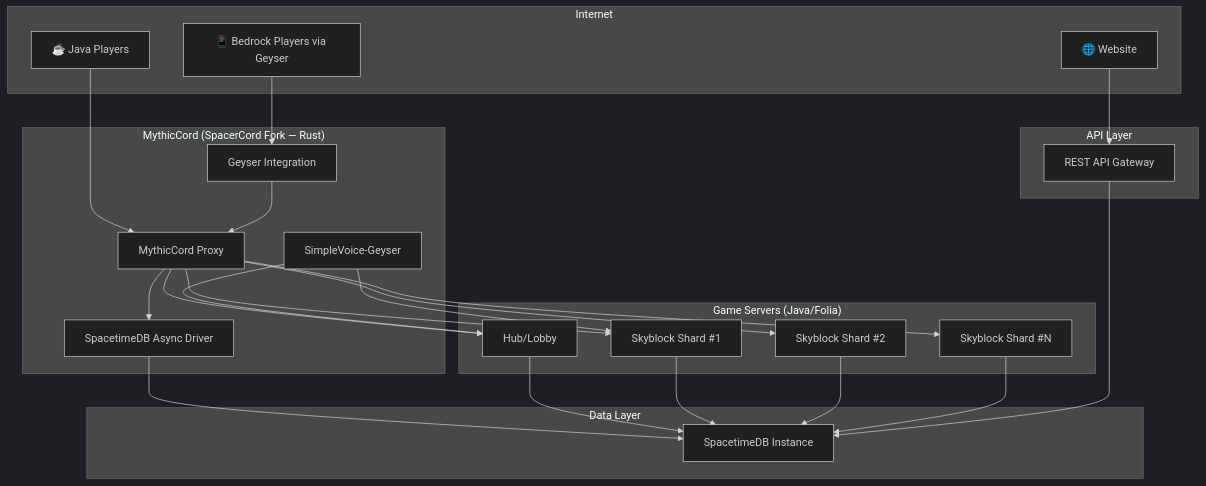
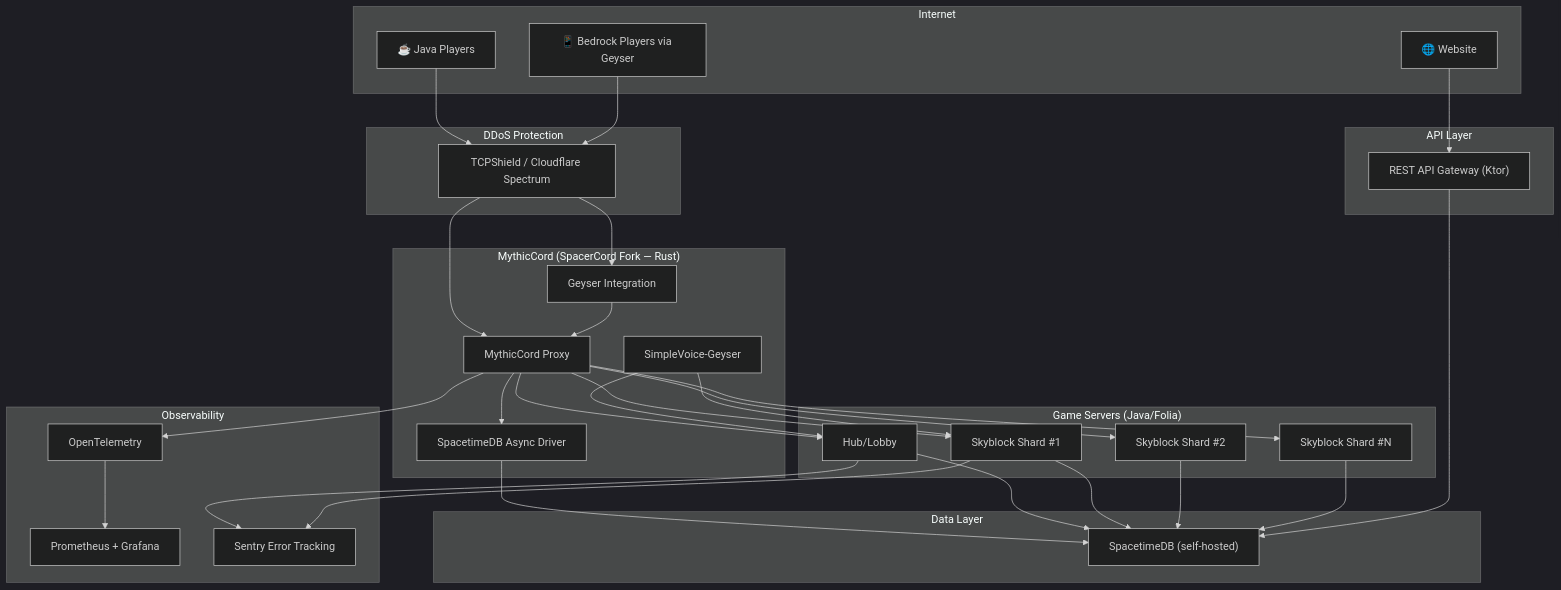
One commit to huncho416/Minecraft-with-friends changed the first of 2 diagrams in PLAN.md. Above: the diagram before and after it, drawn with Mermaid (dark theme). The commit also changed other lines of this file and 167 other files, not shown here.

Commit message:
Plan v2: Security, DevOps, Docker, 3 new suite modules, 2-person timeline

````diff
--- a/PLAN.md
+++ b/PLAN.md
@@ -13,38 +15,50 @@
 ```mermaid
 graph TB
     subgraph Internet
         Java["☕ Java Players"]
         Bedrock["📱 Bedrock Players via Geyser"]
         Website["🌐 Website"]
+    end
+
+    subgraph "DDoS Protection"
+        TCP["TCPShield / Cloudflare Spectrum"]
     end
 
     subgraph "MythicCord (SpacerCord Fork — Rust)"
         Proxy["MythicCord Proxy"]
         STDB_Driver["SpacetimeDB Async Driver"]
         Geyser["Geyser Integration"]
         VoiceChat["SimpleVoice-Geyser"]
     end
 
     subgraph "Game Servers (Java/Folia)"
         Hub["Hub/Lobby"]
         SB1["Skyblock Shard #1"]
         SB2["Skyblock Shard #2"]
         SBN["Skyblock Shard #N"]
     end
 
     subgraph "Data Layer"
-        STDB["SpacetimeDB Instance"]
+        STDB["SpacetimeDB (self-hosted)"]
+    end
+
+    subgraph "Observability"
+        OTel["OpenTelemetry"]
+        Grafana["Prometheus + Grafana"]
+        Sentry["Sentry Error Tracking"]
     end
 
     subgraph "API Layer"
-        REST["REST API Gateway"]
+        REST["REST API Gateway (Ktor)"]
     end
 
-    Java --> Proxy
-    Bedrock --> Geyser --> Proxy
+    Java --> TCP --> Proxy
+    Bedrock --> TCP --> Geyser --> Proxy
     Proxy --> Hub & SB1 & SB2 & SBN
     Proxy --> STDB_Driver --> STDB
     Hub & SB1 & SB2 & SBN --> STDB
     Website --> REST --> STDB
     VoiceChat --> Hub & SB1
+    Proxy --> OTel --> Grafana
+    Hub & SB1 --> Sentry
 ```
````
